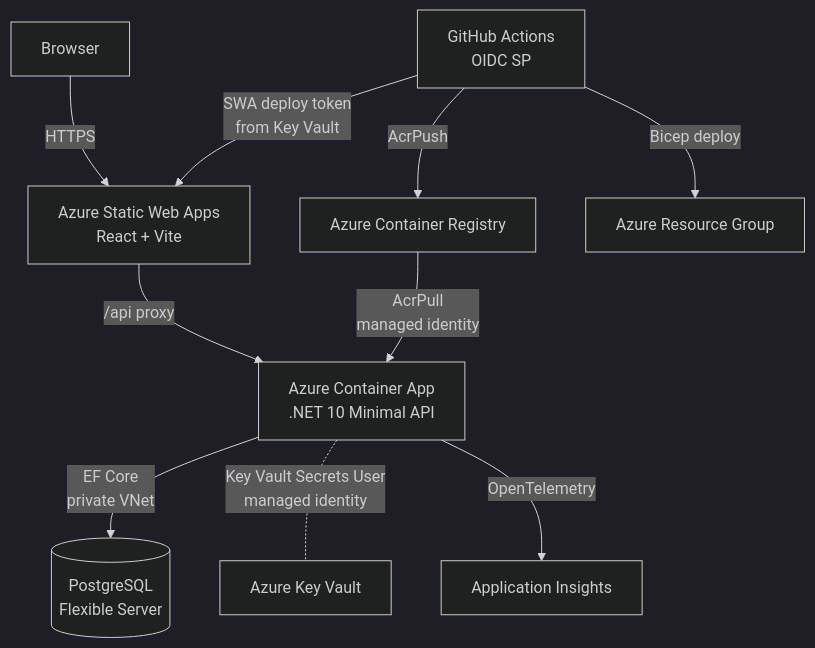
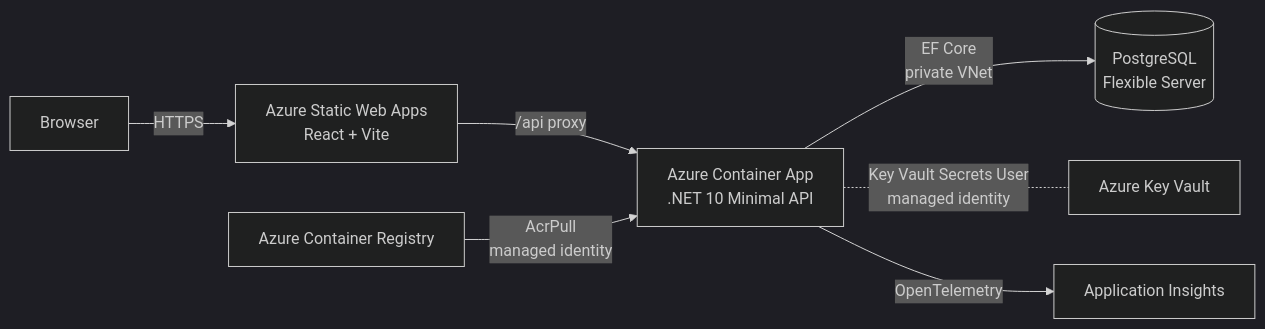
Before and after one commit to piers-sinclair/Dostar: the first of 3 diagrams in docs/architecture.md, drawn with Mermaid (dark theme). The commit also changed other lines of this file, not shown here.

First line of the commit message:
docs(architecture): remove full topology, sync high-level diagram with README

````diff
--- a/docs/architecture.md
+++ b/docs/architecture.md
@@ -5,13 +5,9 @@
 ```mermaid
-graph TB
+graph LR
     Browser -->|HTTPS| SWA[Azure Static Web Apps\nReact + Vite]
     SWA -->|/api proxy| API[Azure Container App\n.NET 10 Minimal API]
+    ACR[Azure Container Registry] -->|AcrPull\nmanaged identity| API
     API -->|EF Core\nprivate VNet| DB[(PostgreSQL\nFlexible Server)]
     API -.-|Key Vault Secrets User\nmanaged identity| KV[Azure Key Vault]
     API -->|OpenTelemetry| APPI[Application Insights]
-
-    GHA[GitHub Actions\nOIDC SP] -->|AcrPush| ACR[Azure Container Registry]
-    GHA -->|Bicep deploy| RG[Azure Resource Group]
-    GHA -->|SWA deploy token\nfrom Key Vault| SWA
-    ACR -->|AcrPull\nmanaged identity| API
 ```
````
